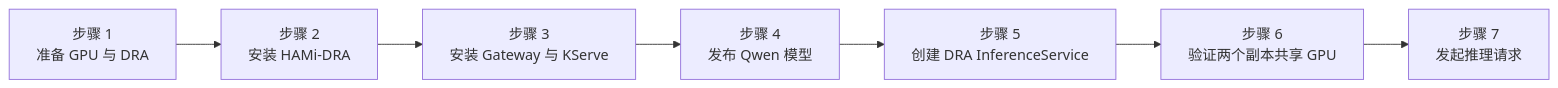
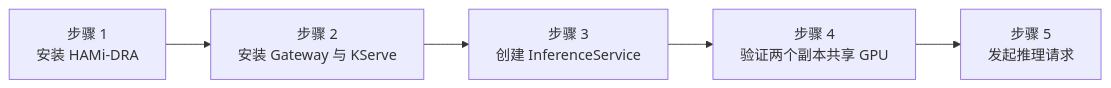
The diagram in i18n/zh/docusaurus-plugin-content-docs-tutorials/current/labs/kserve-hami-dra.md (Project-HAMi/website), drawn with Mermaid before and after one commit. The commit also changed other lines of this file and 3 other files, not shown here.

Commit message:
docs: simplify KServe and HAMi DRA lab

````diff
--- a/i18n/zh/docusaurus-plugin-content-docs-tutorials/current/labs/kserve-hami-dra.md
+++ b/i18n/zh/docusaurus-plugin-content-docs-tutorials/current/labs/kserve-hami-dra.md
@@ -41,10 +41,8 @@
 ```mermaid
 %% title: KServe 与 HAMi DRA 实验流程
 flowchart LR
-    Step1["步骤 1<br/>准备 GPU 与 DRA"] --> Step2["步骤 2<br/>安装 HAMi-DRA"]
-    Step2 --> Step3["步骤 3<br/>安装 Gateway 与 KServe"]
-    Step3 --> Step4["步骤 4<br/>发布 Qwen 模型"]
-    Step4 --> Step5["步骤 5<br/>创建 DRA InferenceService"]
-    Step5 --> Step6["步骤 6<br/>验证两个副本共享 GPU"]
-    Step6 --> Step7["步骤 7<br/>发起推理请求"]
+    Step1["步骤 1<br/>安装 HAMi-DRA"] --> Step2["步骤 2<br/>安装 Gateway 与 KServe"]
+    Step2 --> Step3["步骤 3<br/>创建 InferenceService"]
+    Step3 --> Step4["步骤 4<br/>验证两个副本共享 GPU"]
+    Step4 --> Step5["步骤 5<br/>发起推理请求"]
 ```
````
